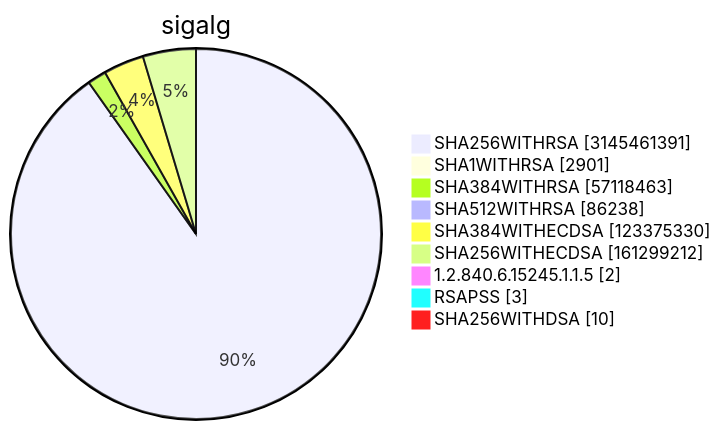
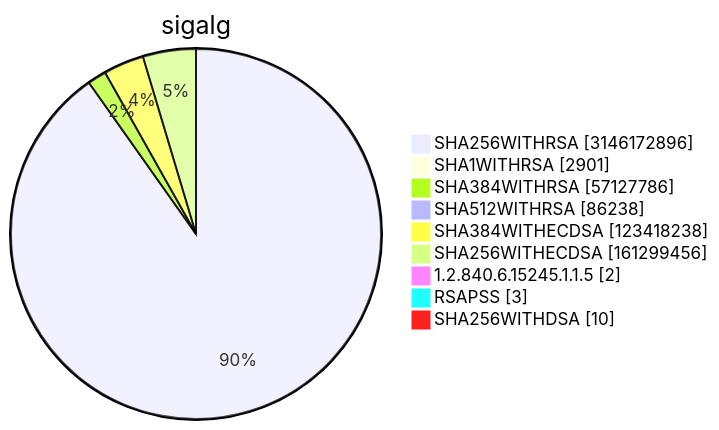
Diagram 15 of 15 in TOTAL/README.md (christiankrug/ctmonitor_visualization), drawn with Mermaid before and after one commit. The commit also changed other lines of this file, not shown here.

````diff
--- a/TOTAL/README.md
+++ b/TOTAL/README.md
@@ -6213,13 +6213,13 @@
 ```mermaid
 pie showData
 title sigalg
-"SHA256WITHRSA" :3145461391
+"SHA256WITHRSA" :3146172896
 "SHA1WITHRSA" :2901
-"SHA384WITHRSA" :57118463
+"SHA384WITHRSA" :57127786
 "SHA512WITHRSA" :86238
-"SHA384WITHECDSA" :123375330
-"SHA256WITHECDSA" :161299212
+"SHA384WITHECDSA" :123418238
+"SHA256WITHECDSA" :161299456
 "1.2.840.6.15245.1.1.5" :2
 "RSAPSS" :3
 "SHA256WITHDSA" :10
 ```
````
